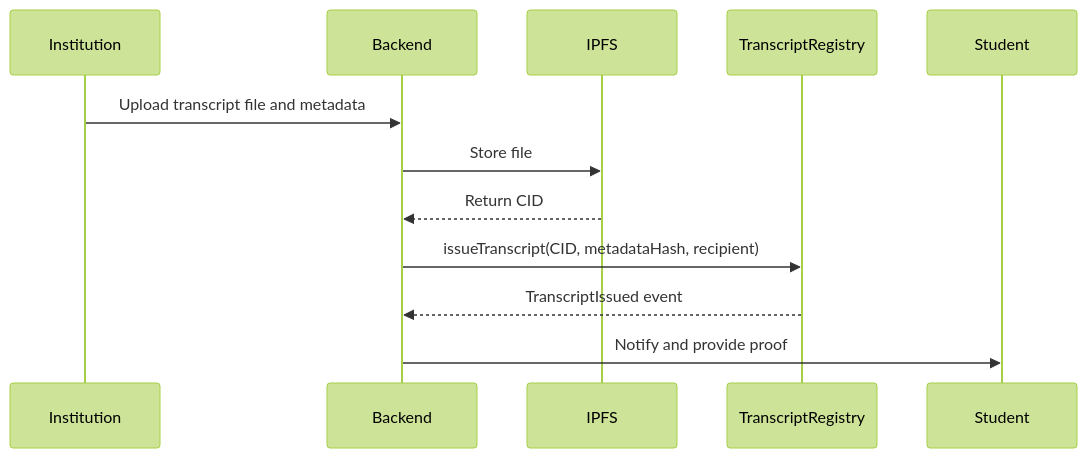
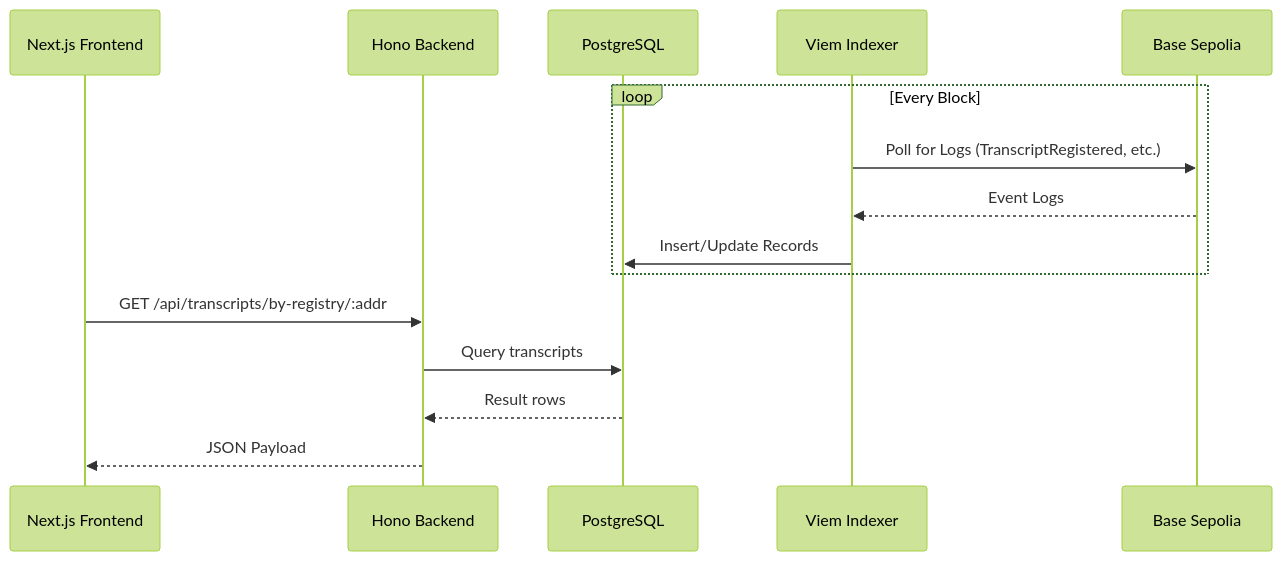
The third of 4 diagrams in ARCHITECTURE.md (0xAlgoRhythm/TranscriptRegistry), drawn with Mermaid (forest theme) before and after one commit. The commit also changed other lines of this file and 3 other files, not shown here.

````diff
--- a/ARCHITECTURE.md
+++ b/ARCHITECTURE.md
@@ -51,15 +67,21 @@
 ```mermaid
 sequenceDiagram
-  participant Issuer as Institution
-  participant Backend
-  participant IPFS
-  participant Chain as TranscriptRegistry
-  participant Student
+  participant UI as Next.js Frontend
+  participant API as Hono Backend
+  participant DB as PostgreSQL
+  participant Indexer as Viem Indexer
+  participant Chain as Base Sepolia
 
-  Issuer->>Backend: Upload transcript file and metadata
-  Backend->>IPFS: Store file
-  IPFS-->>Backend: Return CID
-  Backend->>Chain: issueTranscript(CID, metadataHash, recipient)
-  Chain-->>Backend: TranscriptIssued event
-  Backend->>Student: Notify and provide proof
+  %% Background indexing
+  loop Every Block
+    Indexer->>Chain: Poll for Logs (TranscriptRegistered, etc.)
+    Chain-->>Indexer: Event Logs
+    Indexer->>DB: Insert/Update Records
+  end
+
+  %% Client request
+  UI->>API: GET /api/transcripts/by-registry/:addr
+  API->>DB: Query transcripts
+  DB-->>API: Result rows
+  API-->>UI: JSON Payload
 ```
````
